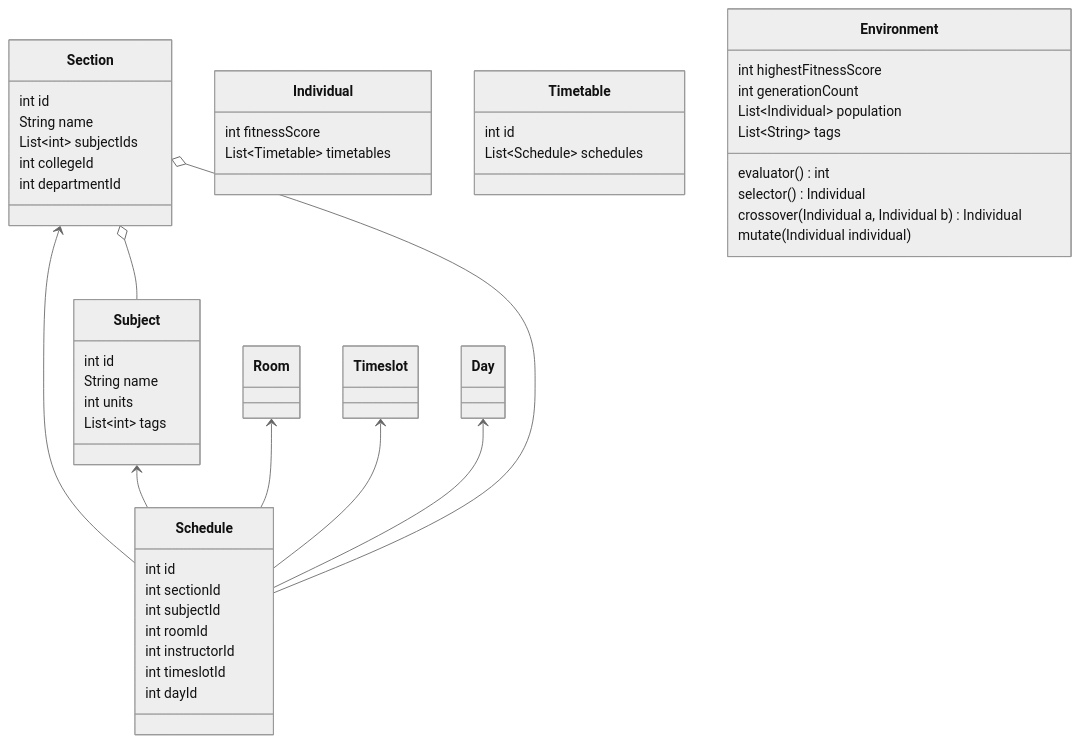
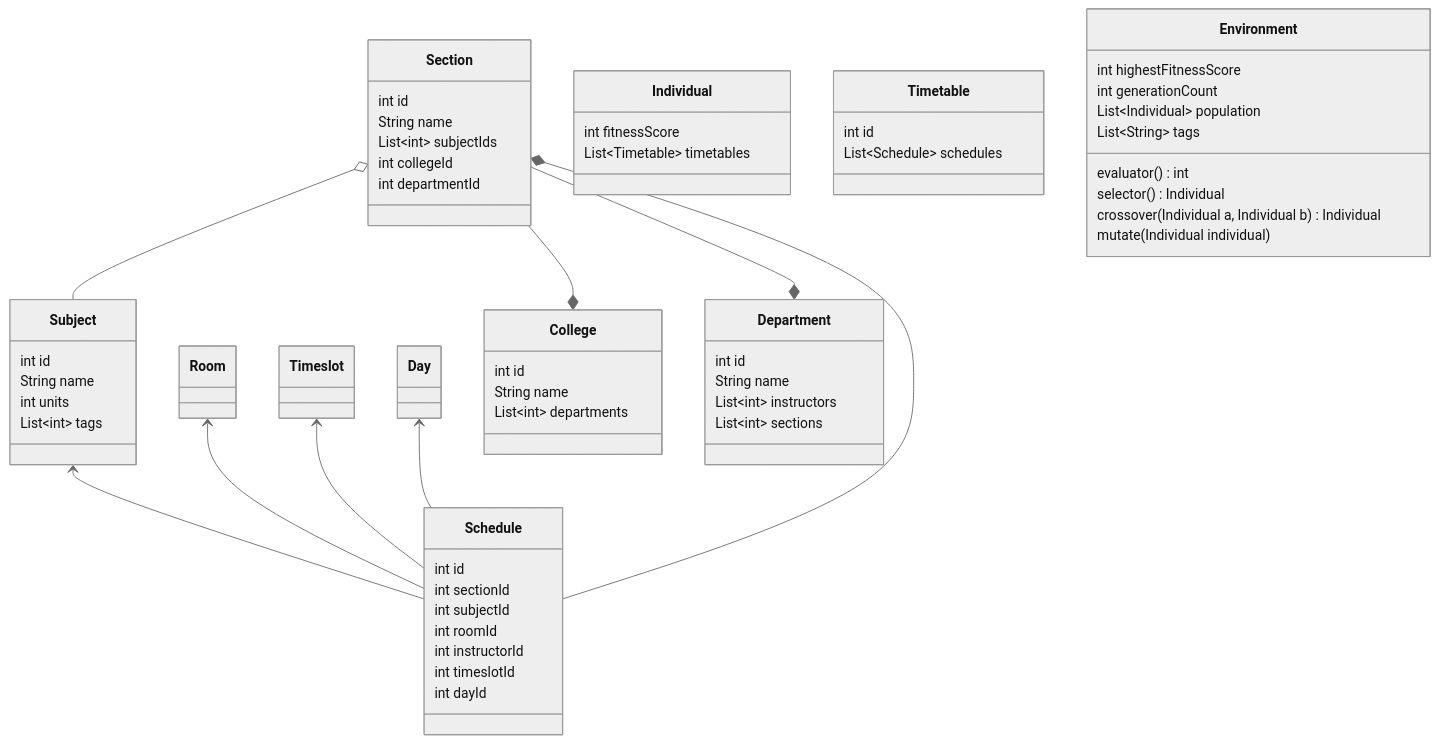
One commit to marcbentoy/uctg changed the second of 2 diagrams in README.md. Above: the diagram before and after it, drawn with Mermaid (neutral theme). The commit also changed 14 other files, not shown here.

````diff
--- a/README.md
+++ b/README.md
@@ -20,60 +20,74 @@
 ```mermaid
 classDiagram
-
-Section <-- Schedule
 
 Subject <-- Schedule
 Room <-- Schedule
 Timeslot <-- Schedule
 Day <-- Schedule
 
 Section o-- Subject
-Section o-- Schedule
+
+Section *-- Schedule
+Section --* College
+Section --* Department 
+
+class College {
+    int id
+    String name
+    List~int~ departments
+}
+
+class Department {
+    int id
+    String name
+    List~int~ instructors
+    List~int~ sections
+}
 
 class Section {
     int id
     String name
     List~int~ subjectIds
     int collegeId
     int departmentId
 }
 
 class Schedule { 
     int id
     int sectionId
     int subjectId
     int roomId
     int instructorId 
     int timeslotId
     int dayId
 }
 
 class Subject {
     int id
     String name
     int units
     List~int~ tags
 }
 
 class Individual {
     int fitnessScore
     List~Timetable~ timetables
 }
 
 class Timetable {
     int id
     List~Schedule~ schedules
 }
 
 class Environment {
     int highestFitnessScore
     int generationCount
     List~Individual~ population
     List~String~ tags
 
     evaluator() int
     selector() Individual
     crossover(Individual a, Individual b) Individual
     mutate(Individual individual)
 }
 ```
````
